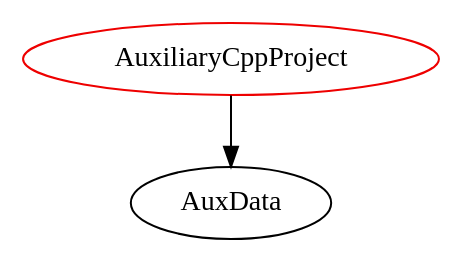
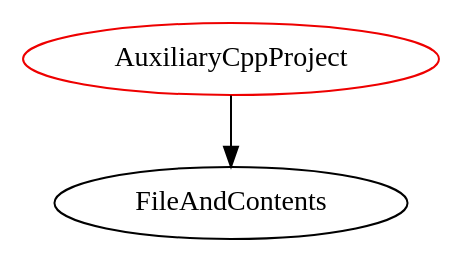
One commit to JacquesCarette/Drasil changed the diagram in analysis/TypeDependencyGraphs/code/AuxiliaryCppProject.dot. Above: the diagram before and after it, drawn with Graphviz. The commit also changed 172 other files, not shown here.

```diff
--- a/analysis/TypeDependencyGraphs/code/AuxiliaryCppProject.dot
+++ b/analysis/TypeDependencyGraphs/code/AuxiliaryCppProject.dot
@@ -1,4 +1,4 @@
 digraph auxiliarycppproject{
 AuxiliaryCppProject	[shape=oval, color=red2, label="AuxiliaryCppProject"];
-AuxiliaryCppProject -> AuxData;
+AuxiliaryCppProject -> FileAndContents;
 }
```
